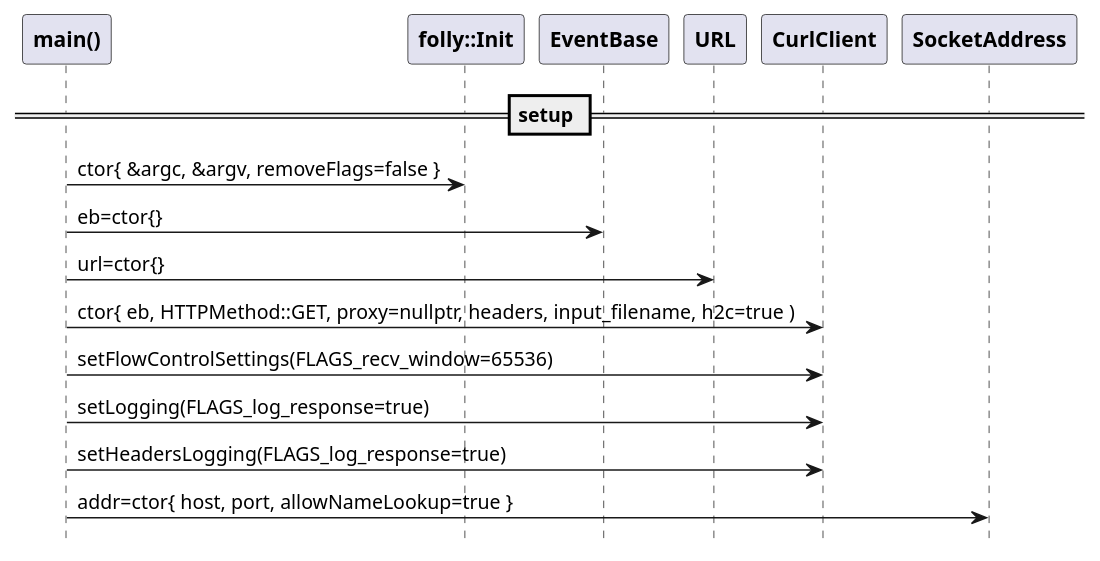
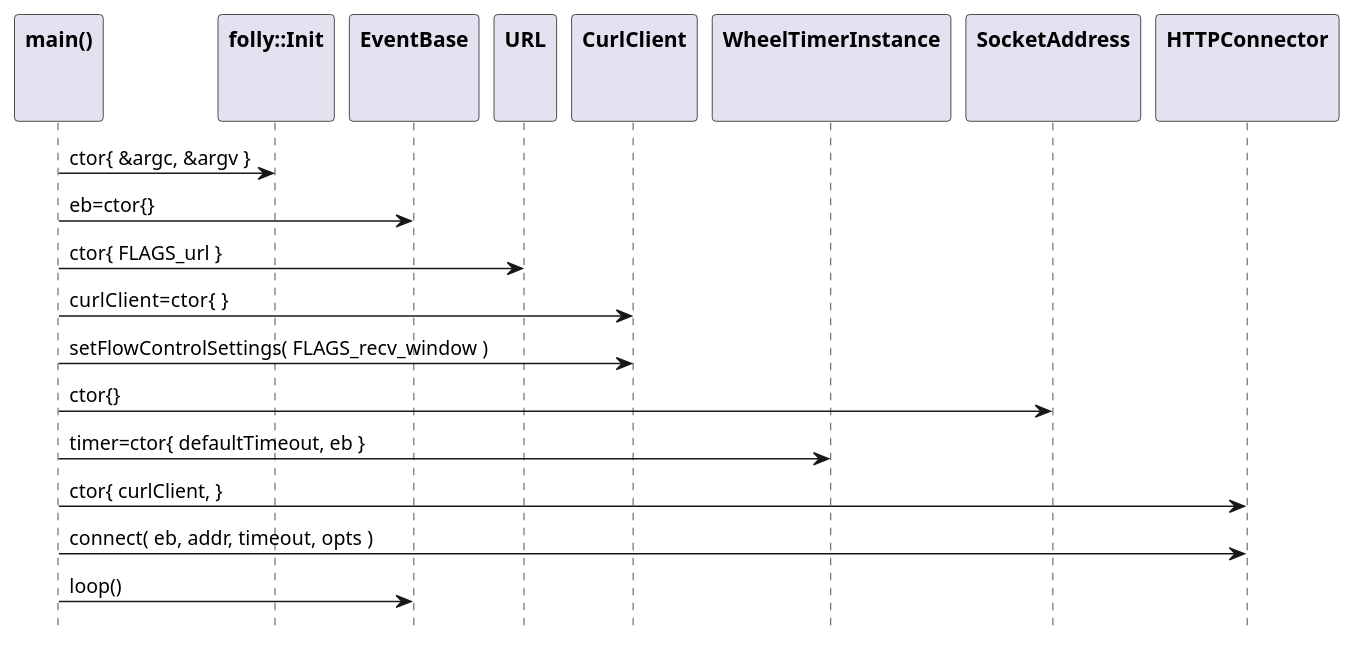
Before and after one commit to patrickhallinan/hello-proxygen: the first of 3 diagrams in doc/proxygen-curl-sample.adoc, drawn with PlantUML. The commit also changed other lines of this file and 34 other files, not shown here.

```diff
--- a/doc/proxygen-curl-sample.adoc
+++ b/doc/proxygen-curl-sample.adoc
@@ -22,23 +37,30 @@
-[plantuml, "curl-init.puml", svg]
+[plantuml, "proxygen-curl-init-seq.puml", svg]
 ----
 hide footbox
 
-participant "**main()**" as main
-participant "**folly::Init**" as Init
-participant "**EventBase**" as EventBase
-participant "**URL**" as URL
-participant "**CurlClient**" as CurlClient
-participant "**SocketAddress**" as SocketAddress
+participant "**main()**\n\n" as main
+participant "**folly::Init**\n\n" as Init
+participant "**EventBase**\n\n" as EventBase
+participant "**URL**\n\n" as URL
+participant "**CurlClient**\n\n" as CurlClient
+participant "**WheelTimerInstance**\n\n" as WheelTimerInstance
+
+participant "**SocketAddress**\n\n" as SocketAddress
+participant "**HTTPConnector**\n\n" as HTTPConnector
 
 
-== setup ==
+main -> Init : ctor{ &argc, &argv }
+main -> EventBase : eb=ctor{}
+main -> URL : ctor{ FLAGS_url }
+main -> CurlClient : curlClient=ctor{  }
 
-main -> Init : ctor{ &argc, &argv, removeFlags=false }
-main -> EventBase : eb=ctor{}
-main -> URL : url=ctor{}
-main -> CurlClient : ctor{ eb, HTTPMethod::GET, proxy=nullptr, headers, input_filename, h2c=true )
-main -> CurlClient : setFlowControlSettings(FLAGS_recv_window=65536)
-main -> CurlClient : setLogging(FLAGS_log_response=true)
-main -> CurlClient : setHeadersLogging(FLAGS_log_response=true)
-main -> SocketAddress : addr=ctor{ host, port, allowNameLookup=true }
+main -> CurlClient : setFlowControlSettings( FLAGS_recv_window )
+main -> SocketAddress : ctor{}
+
+main -> WheelTimerInstance : timer=ctor{ defaultTimeout, eb }
+
+main -> HTTPConnector : ctor{ curlClient, }
+main -> HTTPConnector : connect( eb, addr, timeout, opts )
+
+main -> EventBase : loop()
 ----
```
